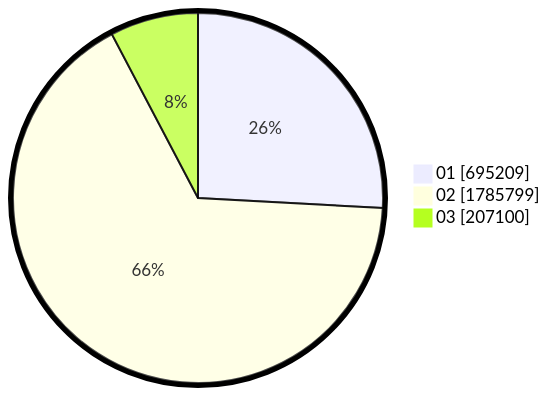
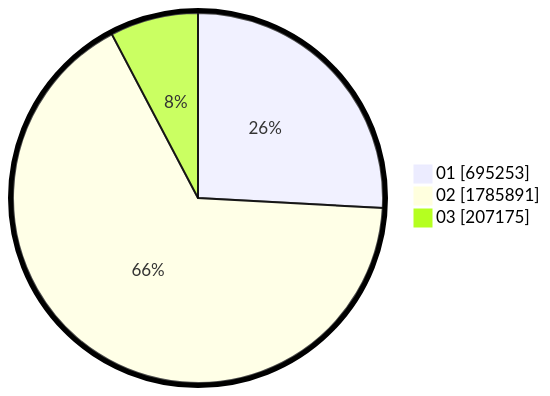
One commit to gigit-pemilu/pemilu-2024 changed the second of 2 diagrams in pilpres/hitung-suara/sub/table-wilayah-52.md. Above: the diagram before and after it, drawn with Mermaid. The commit also changed other lines of this file and 5 other files, not shown here.

````diff
--- a/pilpres/hitung-suara/sub/table-wilayah-52.md
+++ b/pilpres/hitung-suara/sub/table-wilayah-52.md
@@ -15,7 +15,7 @@
 ```mermaid
 %%{init: {"pie": {"textPosition": 0.5}, "themeVariables": {"pieOuterStrokeWidth": "5px"}} }%%
 pie showData
-    "01" : 695209
-    "02" : 1785799
-    "03" : 207100
+    "01" : 695253
+    "02" : 1785891
+    "03" : 207175
 ```
````
